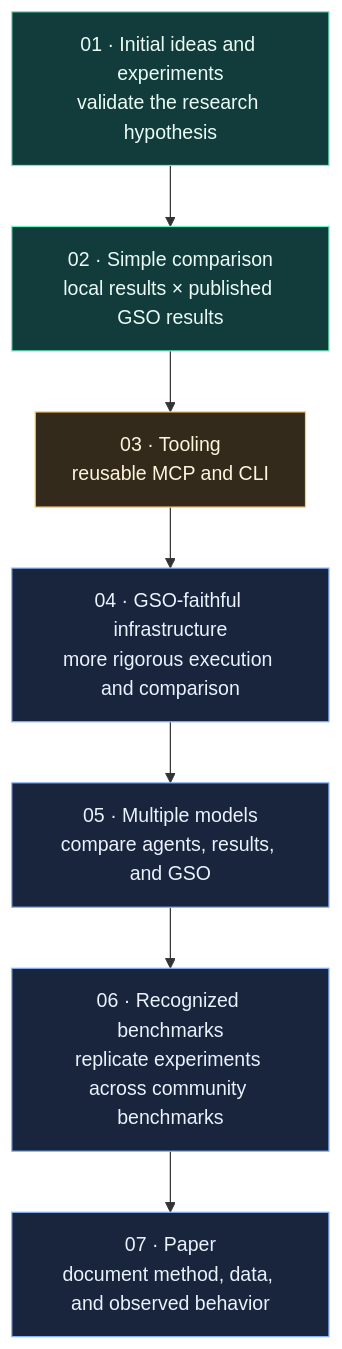
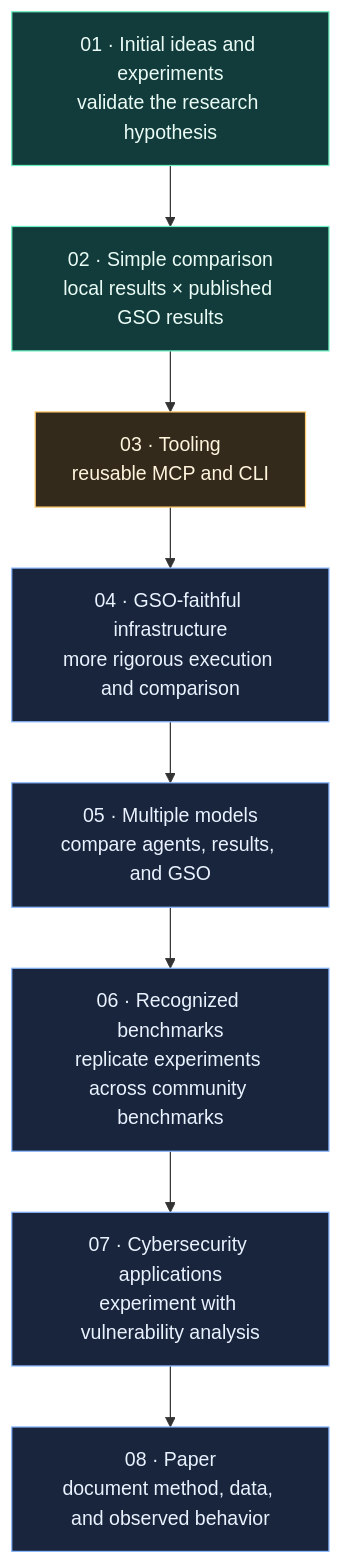
Before and after one commit to andrelramos/hypevolve: the diagram in README.md, drawn with Mermaid. The commit also changed other lines of this file and 2 other files, not shown here.

Commit message:
docs: add cybersecurity roadmap phase

````diff
--- a/README.md
+++ b/README.md
@@ -11,19 +11,20 @@
 ```mermaid
 flowchart TD
     F1["01 · Initial ideas and experiments<br/>validate the research hypothesis"]
     F2["02 · Simple comparison<br/>local results × published GSO results"]
     F3["03 · Tooling<br/>reusable MCP and CLI"]
     F4["04 · GSO-faithful infrastructure<br/>more rigorous execution and comparison"]
     F5["05 · Multiple models<br/>compare agents, results, and GSO"]
     F6["06 · Recognized benchmarks<br/>replicate experiments across community benchmarks"]
-    F7["07 · Paper<br/>document method, data, and observed behavior"]
+    F7["07 · Cybersecurity applications<br/>experiment with vulnerability analysis"]
+    F8["08 · Paper<br/>document method, data, and observed behavior"]
 
-    F1 --> F2 --> F3 --> F4 --> F5 --> F6 --> F7
+    F1 --> F2 --> F3 --> F4 --> F5 --> F6 --> F7 --> F8
 
     classDef done fill:#123c3b,stroke:#6cf0c2,color:#eafcf5
     classDef next fill:#332a1b,stroke:#ffca6b,color:#fff4dc
     classDef future fill:#18253d,stroke:#8ab8ff,color:#eaf2ff
     class F1,F2 done
     class F3 next
-    class F4,F5,F6,F7 future
+    class F4,F5,F6,F7,F8 future
 ```
````
